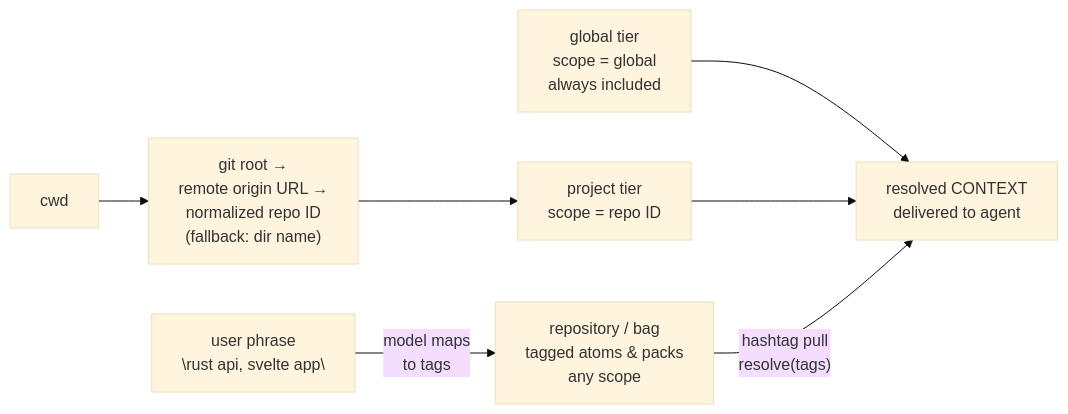
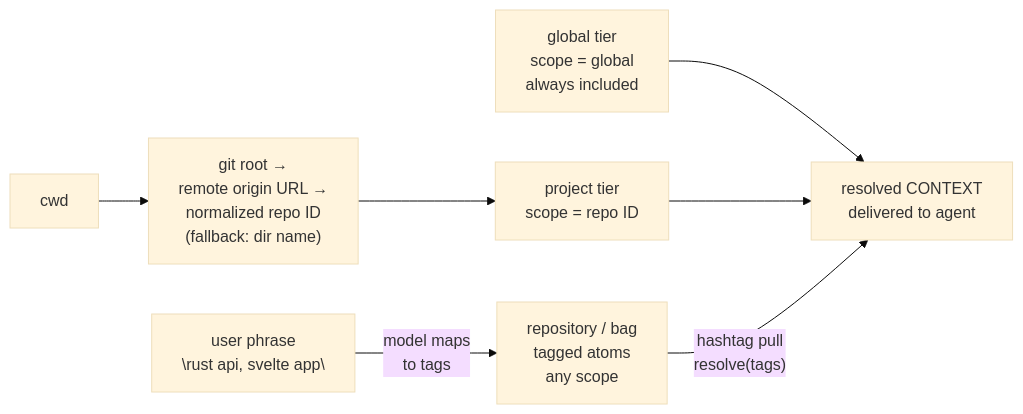
One commit to fluid-notion-labs/gzero changed the first of 5 diagrams in research/architecture.md. Above: the diagram before and after it, drawn with Mermaid (base theme). The commit also changed other lines of this file, not shown here.

Commit message:
docs: architecture to current reality — tool names, packs dissolved, plugin status

````diff
--- a/research/architecture.md
+++ b/research/architecture.md
@@ -53,8 +53,8 @@
 ```mermaid
 flowchart LR
     G["global tier\nscope = global\nalways included"] --> R
     CWD["cwd"] --> GIT["git root →\nremote origin URL →\nnormalized repo ID\n(fallback: dir name)"] --> P["project tier\nscope = repo ID"]
     P --> R["resolved CONTEXT\ndelivered to agent"]
-    B["repository / bag\ntagged atoms & packs\nany scope"] -- "hashtag pull\nresolve(tags)" --> R
+    B["repository / bag\ntagged atoms\nany scope"] -- "hashtag pull\nresolve(tags)" --> R
     U["user phrase\n\"rust api, svelte app\""] -- "model maps\nto tags" --> B
 ```
````
